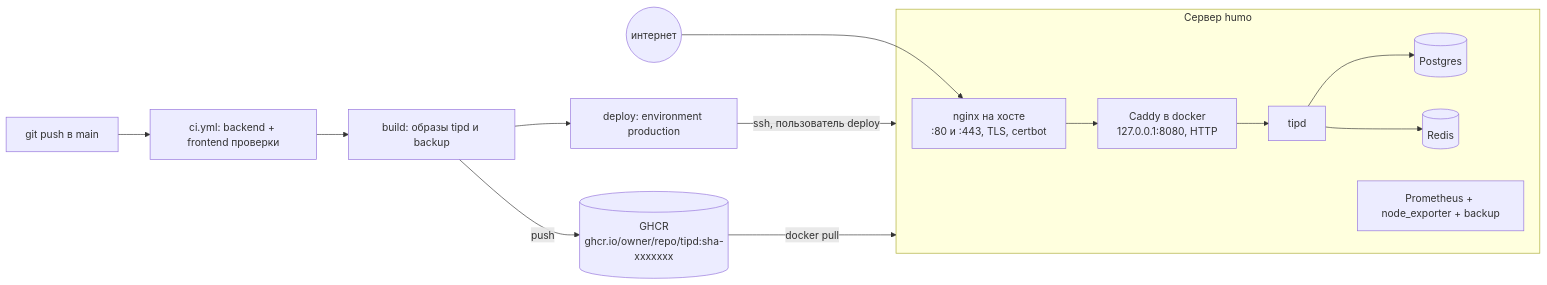
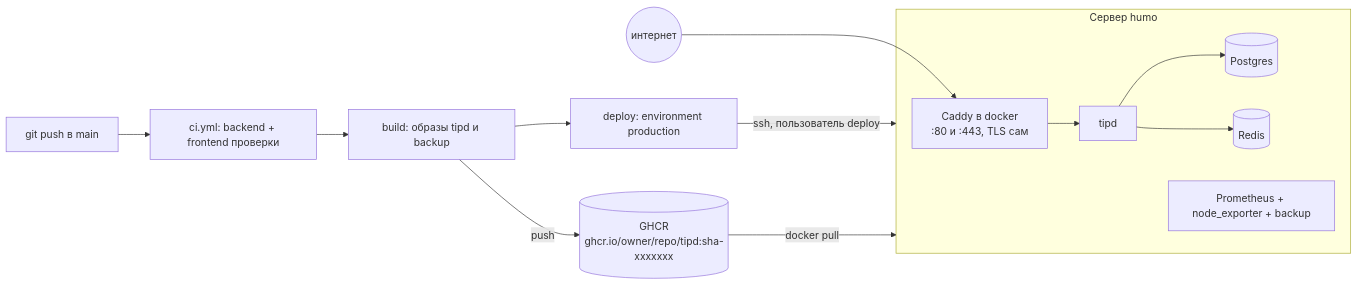
One commit to pavel-cpp/tip_website changed the diagram in docs/08-ci-cd.md. Above: the diagram before and after it, drawn with Mermaid. The commit also changed other lines of this file and 2 other files, not shown here.

First line of the commit message:
docs(ci-cd): Caddy-only edge; faster Caddy health checks after a redeploy

````diff
--- a/docs/08-ci-cd.md
+++ b/docs/08-ci-cd.md
@@ -8,18 +9,17 @@
 ```mermaid
 flowchart LR
     dev[git push в main] --> ci[ci.yml: backend + frontend проверки]
     ci --> build[build: образы tipd и backup]
     build -->|push| ghcr[(GHCR\nghcr.io/owner/repo/tipd:sha-xxxxxxx)]
     build --> deploy[deploy: environment production]
     deploy -->|ssh, пользователь deploy| srv
 
     subgraph srv[Сервер humo]
-      nginx[nginx на хосте\n:80 и :443, TLS, certbot] --> caddy[Caddy в docker\n127.0.0.1:8080, HTTP]
-      caddy --> tipd[tipd]
+      caddy[Caddy в docker\n:80 и :443, TLS сам] --> tipd[tipd]
       tipd --> pg[(Postgres)]
       tipd --> redis[(Redis)]
       prom[Prometheus + node_exporter + backup]
     end
     ghcr -->|docker pull| srv
-    inet((интернет)) --> nginx
+    inet((интернет)) --> caddy
 ```
````
